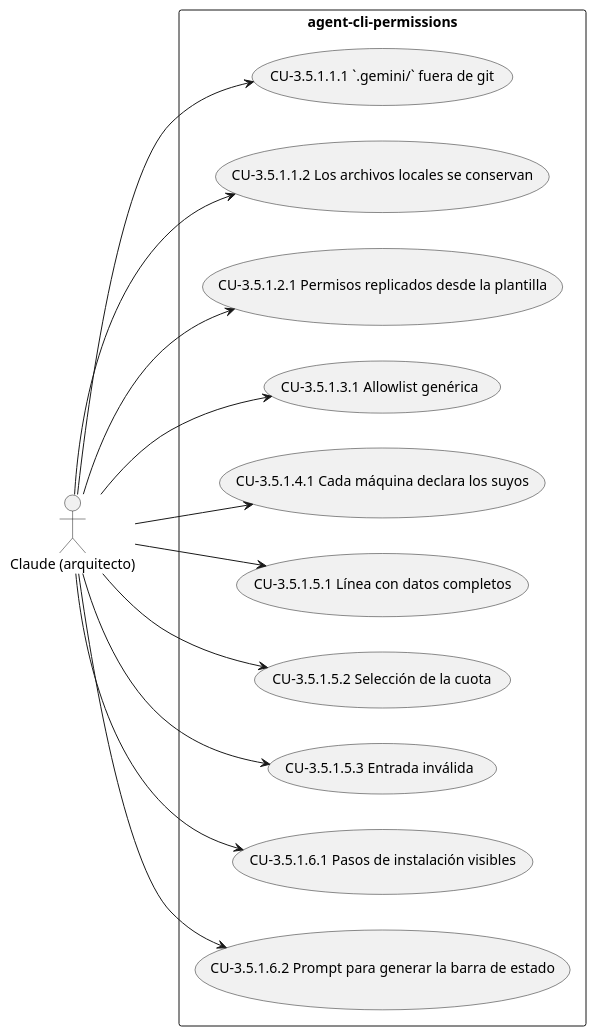
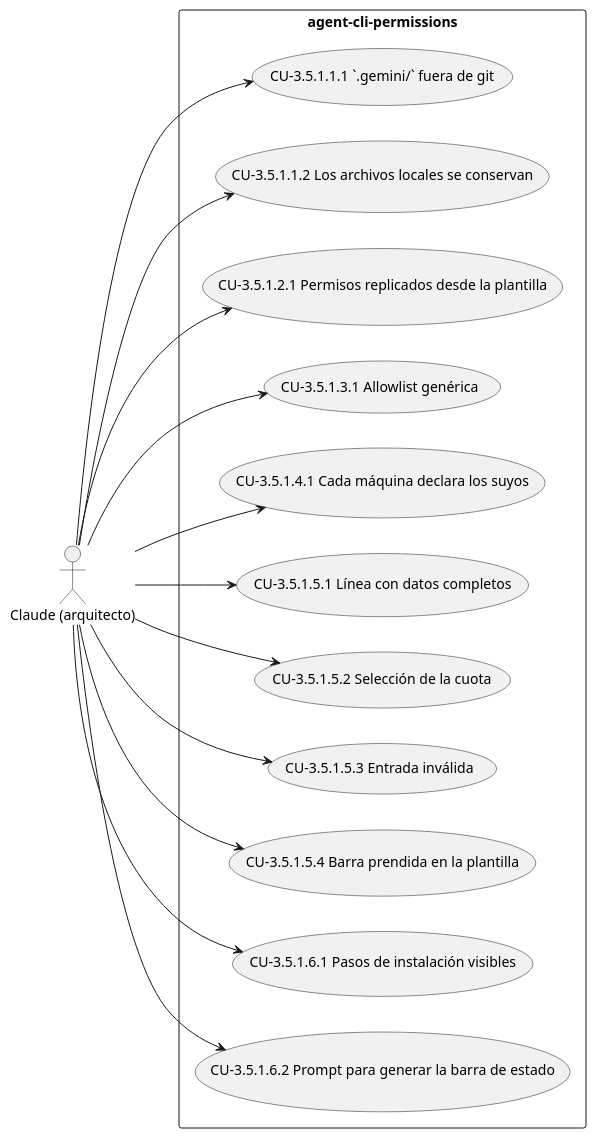
The first of 11 diagrams in docs/srs.md (Lautaro-Montecchiani/sdd-global-config), drawn with PlantUML before and after one commit. The commit also changed other lines of this file and 1 other file, not shown here.

````diff
--- a/docs/srs.md
+++ b/docs/srs.md
@@ -207,28 +209,30 @@
 ```plantuml
 @startuml
 left to right direction
 actor "Claude (arquitecto)" as A1
 rectangle "agent-cli-permissions" {
   usecase "CU-3.5.1.1.1 `.gemini/` fuera de git" as UC_3_5_1_1_1
   usecase "CU-3.5.1.1.2 Los archivos locales se conservan" as UC_3_5_1_1_2
   usecase "CU-3.5.1.2.1 Permisos replicados desde la plantilla" as UC_3_5_1_2_1
   usecase "CU-3.5.1.3.1 Allowlist genérica" as UC_3_5_1_3_1
   usecase "CU-3.5.1.4.1 Cada máquina declara los suyos" as UC_3_5_1_4_1
   usecase "CU-3.5.1.5.1 Línea con datos completos" as UC_3_5_1_5_1
   usecase "CU-3.5.1.5.2 Selección de la cuota" as UC_3_5_1_5_2
   usecase "CU-3.5.1.5.3 Entrada inválida" as UC_3_5_1_5_3
+  usecase "CU-3.5.1.5.4 Barra prendida en la plantilla" as UC_3_5_1_5_4
   usecase "CU-3.5.1.6.1 Pasos de instalación visibles" as UC_3_5_1_6_1
   usecase "CU-3.5.1.6.2 Prompt para generar la barra de estado" as UC_3_5_1_6_2
 }
 A1 --> UC_3_5_1_1_1
 A1 --> UC_3_5_1_1_2
 A1 --> UC_3_5_1_2_1
 A1 --> UC_3_5_1_3_1
 A1 --> UC_3_5_1_4_1
 A1 --> UC_3_5_1_5_1
 A1 --> UC_3_5_1_5_2
 A1 --> UC_3_5_1_5_3
+A1 --> UC_3_5_1_5_4
 A1 --> UC_3_5_1_6_1
 A1 --> UC_3_5_1_6_2
 @enduml
 ```
````
